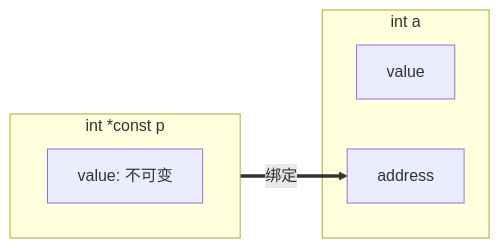
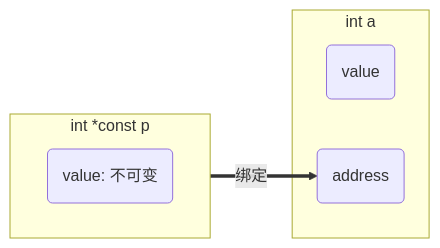
Before and after one commit to dmjcb/dmjcb.github.io: the eighth of 10 diagrams in _posts/c_c++/pointer/2022-01-08-pointer.md, drawn with Mermaid. The commit also changed other lines of this file and 22 other files, not shown here.

````diff
--- a/_posts/c_c++/pointer/2022-01-08-pointer.md
+++ b/_posts/c_c++/pointer/2022-01-08-pointer.md
@@ -393,12 +398,12 @@
 ```mermaid
 graph LR;
     subgraph S1[int a]
-        V[value]
-        A[address]
+        V(value)
+        A(address)
     end
     subgraph S2[int *const p]
         direction LR
-        V2[value: 不可变]
+        V2(value: 不可变)
     end
-    S2==绑定==>A
+    V2==绑定==>A
 ```
````
